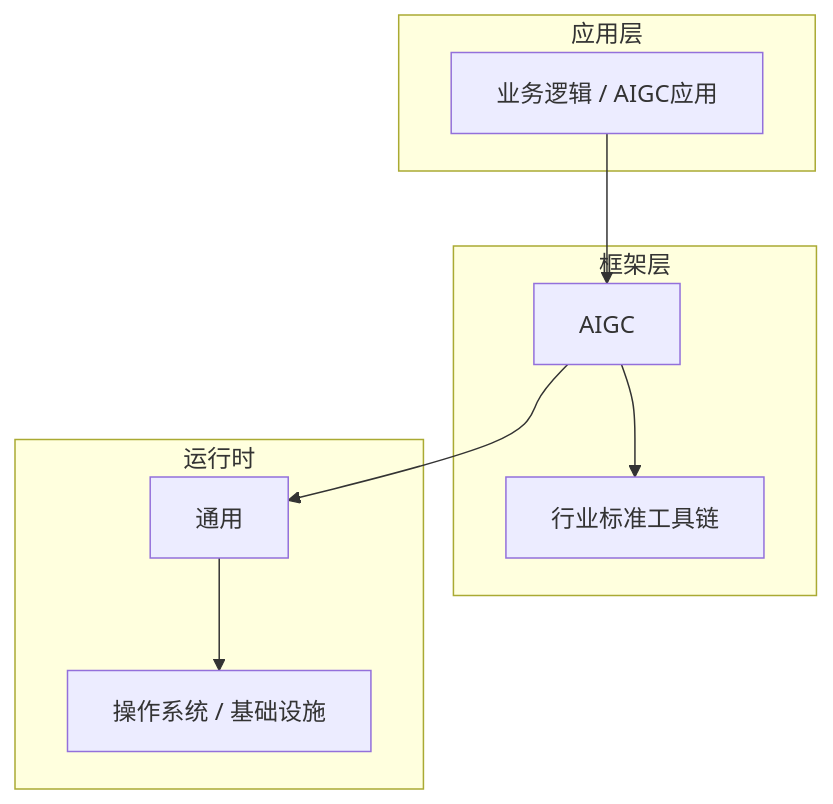
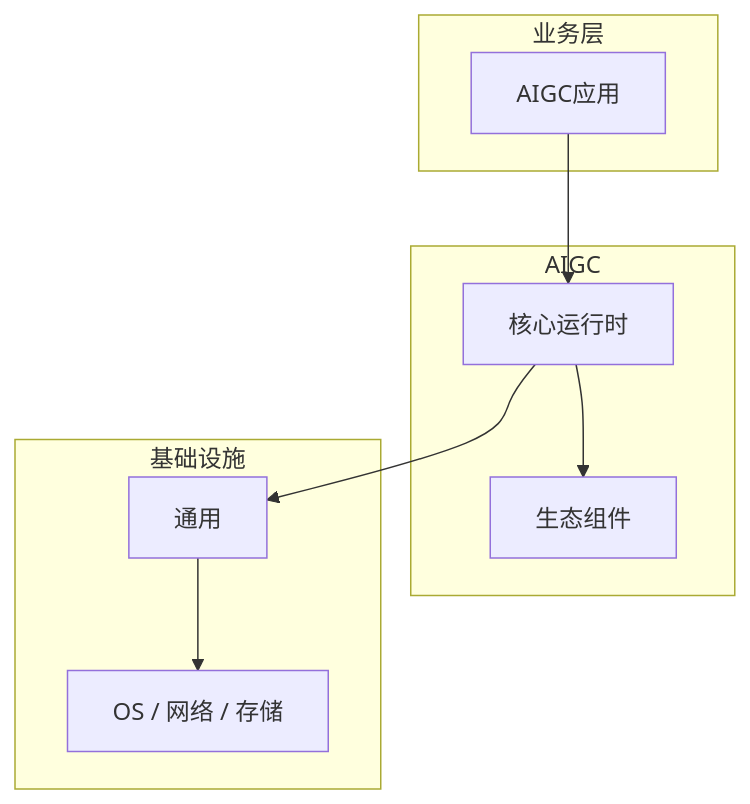
The diagram in articles/AIGC/chapters/077-AIGC应用核心概念与原理.md (yanggan2015/knowledge-json-v2), drawn with Mermaid before and after one commit. The commit also changed other lines of this file and 10127 other files, not shown here.

````diff
--- a/articles/AIGC/chapters/077-AIGC应用核心概念与原理.md
+++ b/articles/AIGC/chapters/077-AIGC应用核心概念与原理.md
@@ -45,18 +30,18 @@
 ```mermaid
 graph TB
-    subgraph 应用层
-        A[业务逻辑 / AIGC应用]
+    subgraph 业务层
+        A[AIGC应用]
     end
-    subgraph 框架层
-        B[AIGC]
-        C[行业标准工具链]
+    subgraph AIGC
+        B[核心运行时]
+        C[生态组件]
     end
-    subgraph 运行时
+    subgraph 基础设施
         D[通用]
-        E[操作系统 / 基础设施]
+        E[OS / 网络 / 存储]
     end
     A --> B
     B --> C
     B --> D
     D --> E
 ```
````
